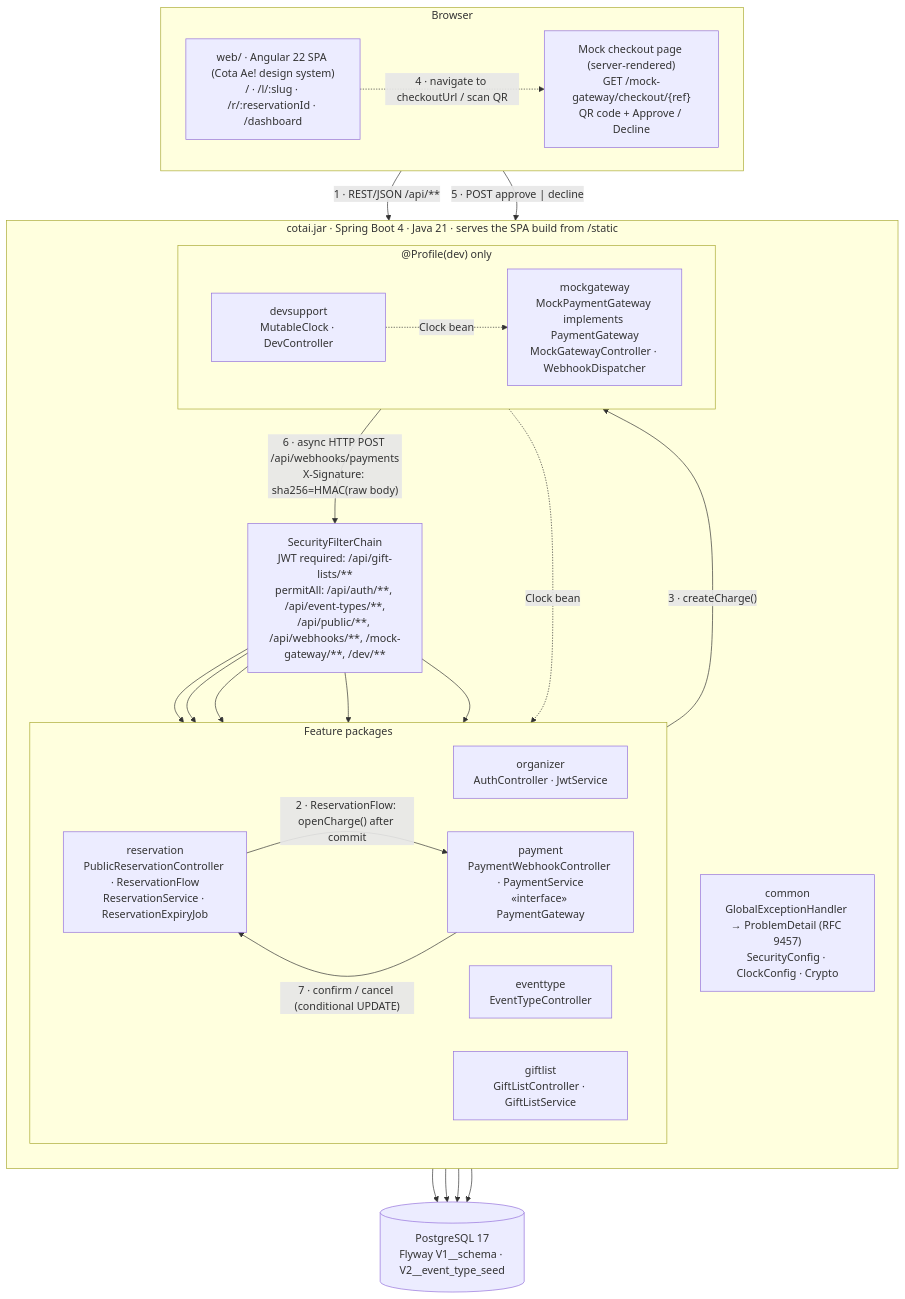
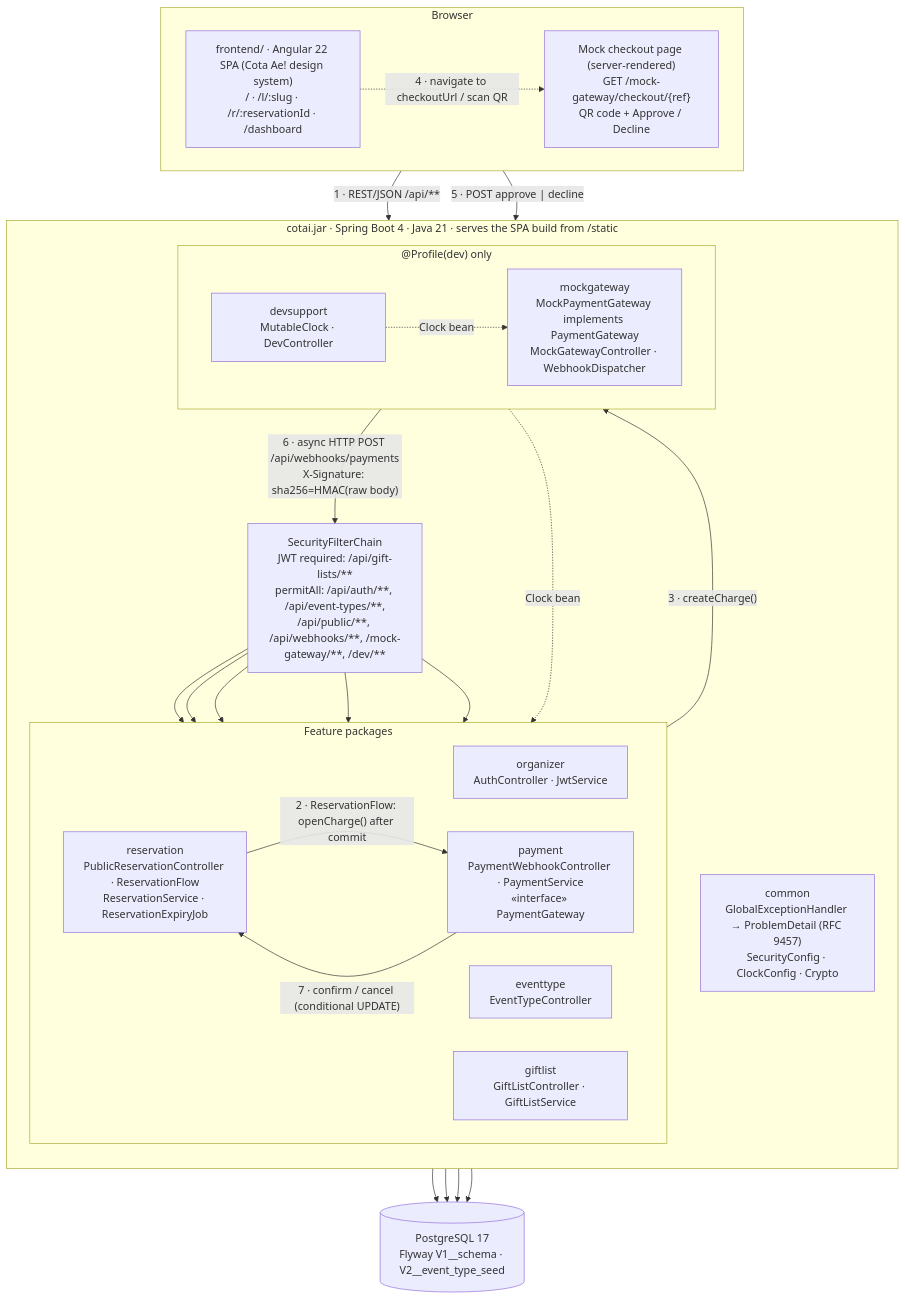
The first of 9 diagrams in docs/design/design-spec.md (mpdrao/cotai), drawn with Mermaid before and after one commit. The commit also changed other lines of this file and 156 other files, not shown here.

````diff
--- a/docs/design/design-spec.md
+++ b/docs/design/design-spec.md
@@ -104,41 +104,41 @@
 ```mermaid
 flowchart TB
   subgraph BROWSER["Browser"]
     direction LR
-    SPA["web/ · Angular 22 SPA (Cota Ae! design system)<br/>/ · /l/:slug · /r/:reservationId · /dashboard"]
+    SPA["frontend/ · Angular 22 SPA (Cota Ae! design system)<br/>/ · /l/:slug · /r/:reservationId · /dashboard"]
     CHK["Mock checkout page (server-rendered)<br/>GET /mock-gateway/checkout/{ref}<br/>QR code + Approve / Decline"]
   end
 
   subgraph JAR["cotai.jar · Spring Boot 4 · Java 21 · serves the SPA build from /static"]
     direction TB
     SEC["SecurityFilterChain<br/>JWT required: /api/gift-lists/**<br/>permitAll: /api/auth/**, /api/event-types/**,<br/>/api/public/**, /api/webhooks/**, /mock-gateway/**, /dev/**"]
     subgraph FEATURES["Feature packages"]
       direction LR
       ORG["organizer<br/>AuthController · JwtService"]
       EVT["eventtype<br/>EventTypeController"]
       GL["giftlist<br/>GiftListController · GiftListService"]
       RES["reservation<br/>PublicReservationController · ReservationFlow<br/>ReservationService · ReservationExpiryJob"]
       PAY["payment<br/>PaymentWebhookController · PaymentService<br/>«interface» PaymentGateway"]
     end
     subgraph DEV["@Profile(dev) only"]
       direction LR
       MOCK["mockgateway<br/>MockPaymentGateway implements PaymentGateway<br/>MockGatewayController · WebhookDispatcher"]
       CLK["devsupport<br/>MutableClock · DevController"]
     end
     ERR["common<br/>GlobalExceptionHandler → ProblemDetail (RFC 9457)<br/>SecurityConfig · ClockConfig · Crypto"]
   end
 
   DB[("PostgreSQL 17<br/>Flyway V1__schema · V2__event_type_seed")]
 
   SPA -- "1 · REST/JSON /api/**" --> SEC
   SEC --> ORG & EVT & GL & RES
   RES -- "2 · ReservationFlow: openCharge() after commit" --> PAY
   PAY -- "3 · createCharge()" --> MOCK
   SPA -. "4 · navigate to checkoutUrl / scan QR" .-> CHK
   CHK -- "5 · POST approve | decline" --> MOCK
   MOCK -- "6 · async HTTP POST /api/webhooks/payments<br/>X-Signature: sha256=HMAC(raw body)" --> SEC
   SEC --> PAY
   PAY -- "7 · confirm / cancel (conditional UPDATE)" --> RES
   ORG & GL & RES & PAY --> DB
   CLK -. "Clock bean" .-> RES & MOCK
 ```
````
